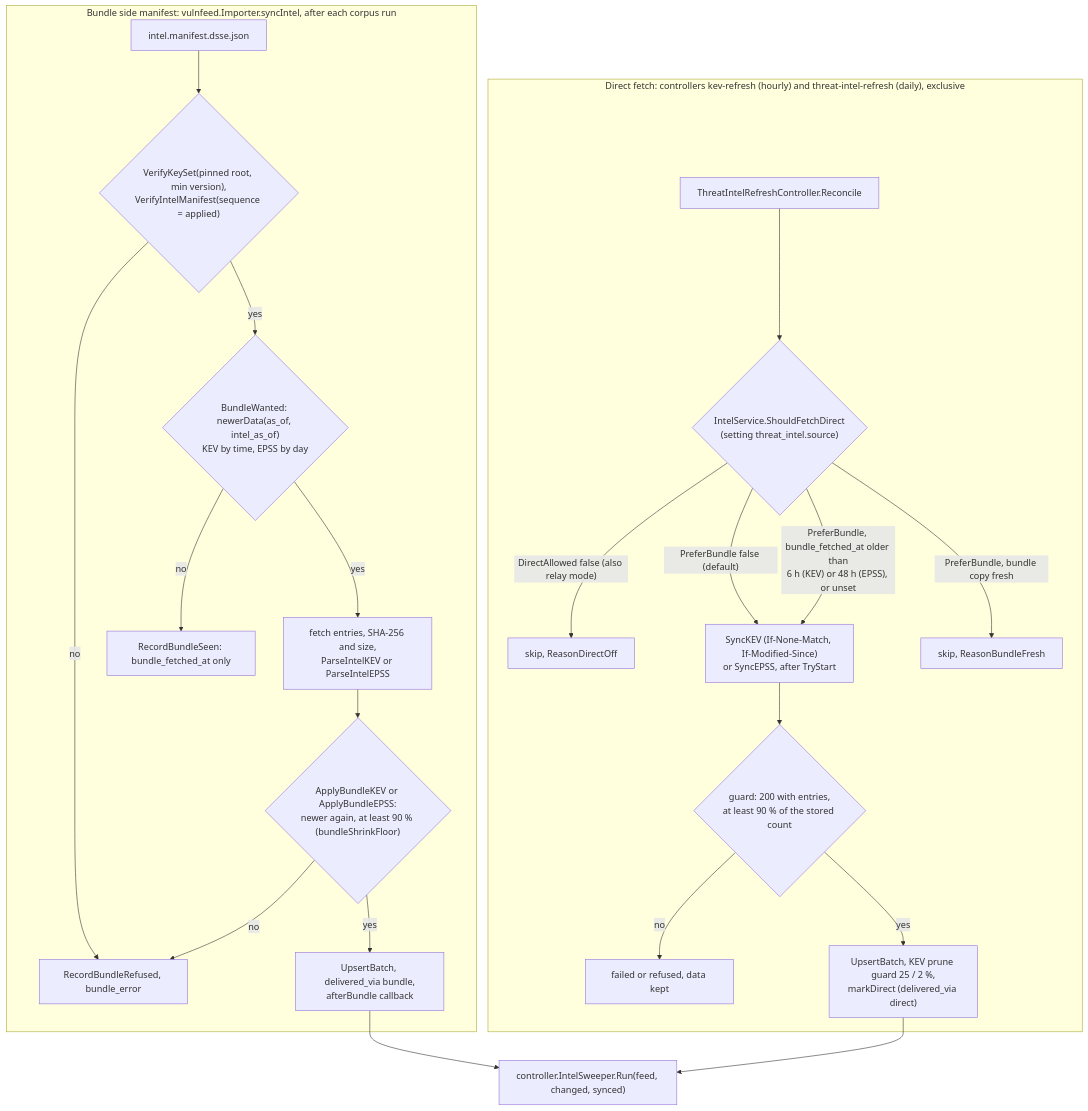
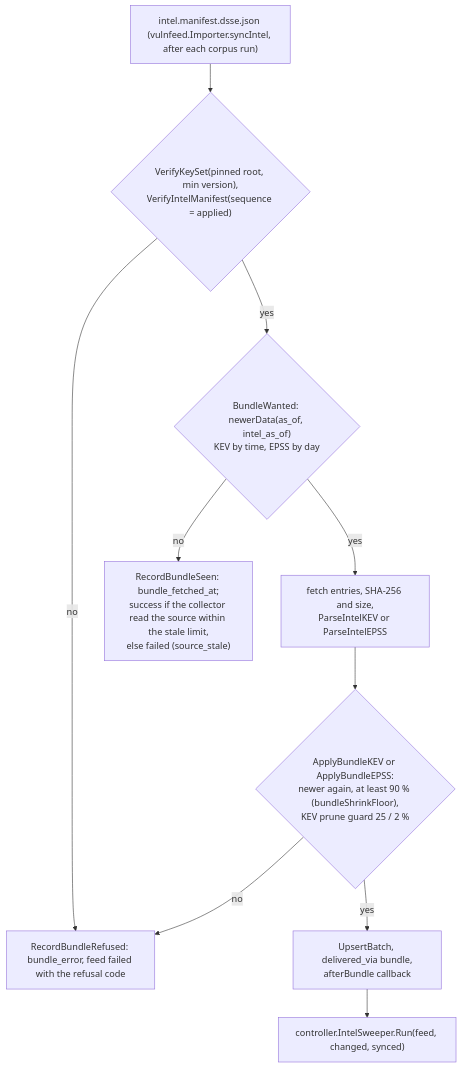
One commit to openctemio/openctem changed the first of 2 diagrams in server/docs/architecture/intelligence-feeds.md. Above: the diagram before and after it, drawn with Mermaid. The commit also changed other lines of this file and 41 other files, not shown here.

First line of the commit message:
fix(feeds): the platform no longer fetches CISA KEV or EPSS itself

````diff
--- a/server/docs/architecture/intelligence-feeds.md
+++ b/server/docs/architecture/intelligence-feeds.md
@@ -13,25 +17,12 @@
 ```mermaid
 flowchart TD
-  subgraph direct["Direct fetch: controllers kev-refresh (hourly) and threat-intel-refresh (daily), exclusive"]
-    T["ThreatIntelRefreshController.Reconcile"] --> SD{"IntelService.ShouldFetchDirect<br/>(setting threat_intel.source)"}
-    SD -- "DirectAllowed false (also relay mode)" --> SK["skip, ReasonDirectOff"]
-    SD -- "PreferBundle false (default)" --> FX
-    SD -- "PreferBundle, bundle_fetched_at older than<br/>6 h (KEV) or 48 h (EPSS), or unset" --> FX["SyncKEV (If-None-Match, If-Modified-Since)<br/>or SyncEPSS, after TryStart"]
-    SD -- "PreferBundle, bundle copy fresh" --> SK2["skip, ReasonBundleFresh"]
-    FX --> G1{"guard: 200 with entries,<br/>at least 90 % of the stored count"}
-    G1 -- no --> RF1["failed or refused, data kept"]
-    G1 -- yes --> UP1["UpsertBatch, KEV prune guard 25 / 2 %,<br/>markDirect (delivered_via direct)"]
-  end
-  subgraph bundle["Bundle side manifest: vulnfeed.Importer.syncIntel, after each corpus run"]
-    IM["intel.manifest.dsse.json"] --> VI{"VerifyKeySet(pinned root, min version),<br/>VerifyIntelManifest(sequence = applied)"}
-    VI -- no --> RB["RecordBundleRefused, bundle_error"]
-    VI -- yes --> BW{"BundleWanted: newerData(as_of, intel_as_of)<br/>KEV by time, EPSS by day"}
-    BW -- no --> SEEN["RecordBundleSeen: bundle_fetched_at only"]
-    BW -- yes --> PE["fetch entries, SHA-256 and size,<br/>ParseIntelKEV or ParseIntelEPSS"]
-    PE --> AB{"ApplyBundleKEV or ApplyBundleEPSS:<br/>newer again, at least 90 % (bundleShrinkFloor)"}
-    AB -- no --> RB
-    AB -- yes --> UP2["UpsertBatch, delivered_via bundle,<br/>afterBundle callback"]
-  end
-  UP1 --> SW["controller.IntelSweeper.Run(feed, changed, synced)"]
-  UP2 --> SW
+  IM["intel.manifest.dsse.json (vulnfeed.Importer.syncIntel, after each corpus run)"] --> VI{"VerifyKeySet(pinned root, min version),<br/>VerifyIntelManifest(sequence = applied)"}
+  VI -- no --> RB["RecordBundleRefused: bundle_error, feed failed with the refusal code"]
+  VI -- yes --> BW{"BundleWanted: newerData(as_of, intel_as_of)<br/>KEV by time, EPSS by day"}
+  BW -- no --> SEEN["RecordBundleSeen: bundle_fetched_at;<br/>success if the collector read the source within the stale limit,<br/>else failed (source_stale)"]
+  BW -- yes --> PE["fetch entries, SHA-256 and size,<br/>ParseIntelKEV or ParseIntelEPSS"]
+  PE --> AB{"ApplyBundleKEV or ApplyBundleEPSS:<br/>newer again, at least 90 % (bundleShrinkFloor),<br/>KEV prune guard 25 / 2 %"}
+  AB -- no --> RB
+  AB -- yes --> UP2["UpsertBatch, delivered_via bundle,<br/>afterBundle callback"]
+  UP2 --> SW["controller.IntelSweeper.Run(feed, changed, synced)"]
 ```
````
